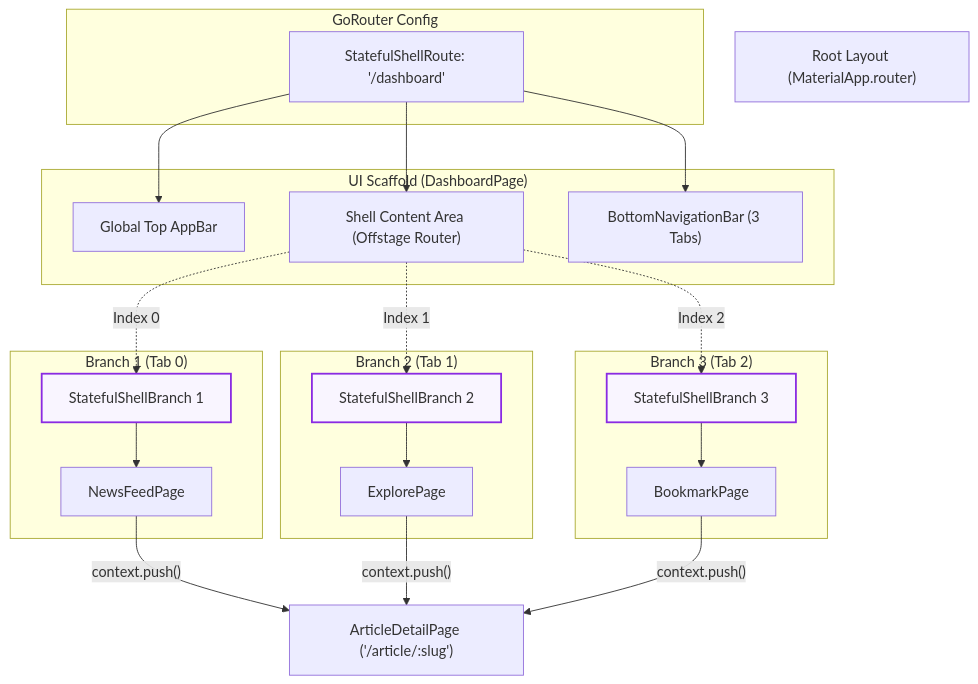
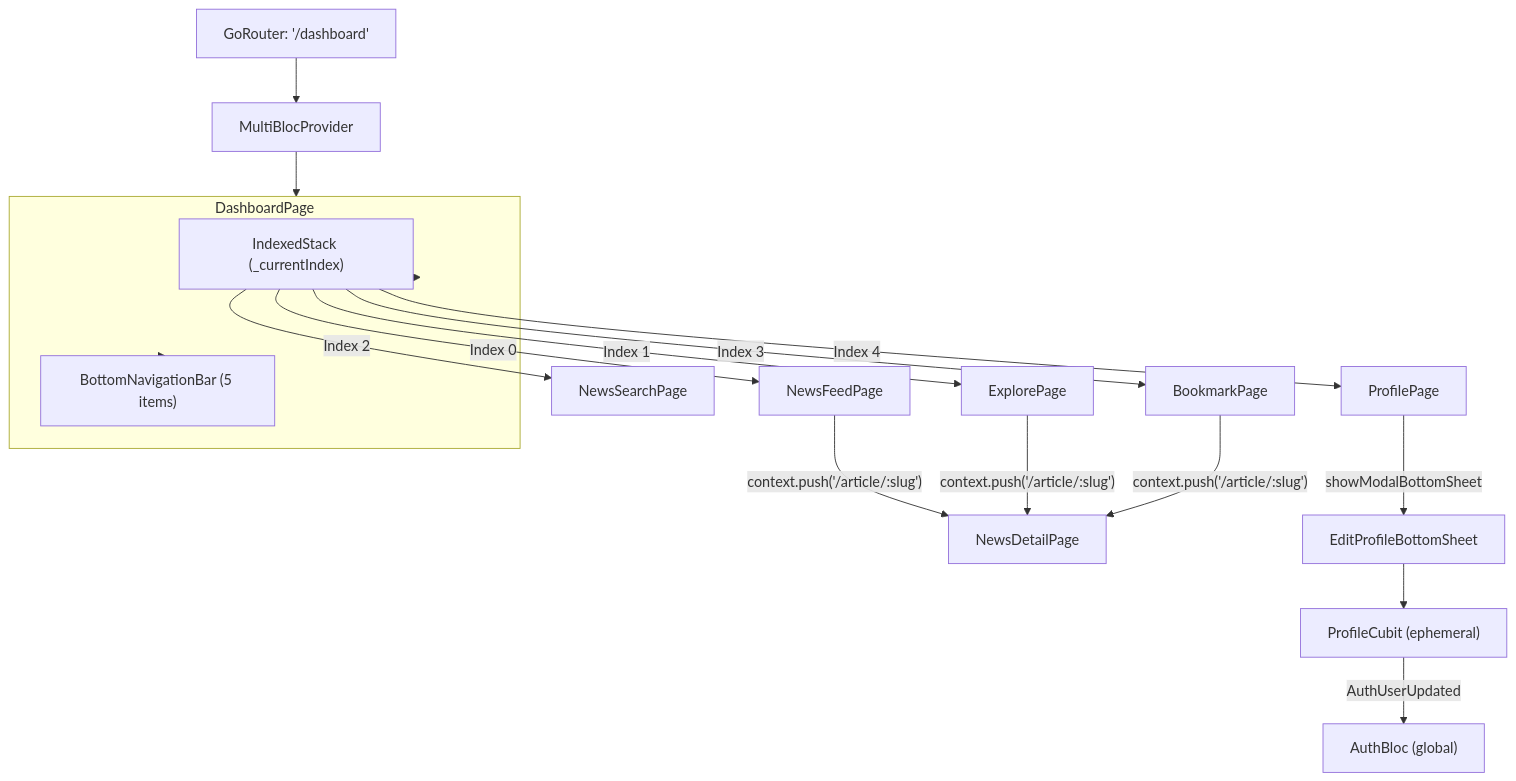
Before and after one commit to nunutech40/news-app-flutter: the second of 4 diagrams in docs/TRD.md, drawn with Mermaid. The commit also changed other lines of this file and 1 other file, not shown here.

First line of the commit message:
docs: update TRD to reflect actual codebase and write search.md from scratch

````diff
--- a/docs/TRD.md
+++ b/docs/TRD.md
@@ -1009,50 +1216,27 @@
 ```mermaid
 graph TD
-    Root["Root Layout (MaterialApp.router)"]
+    Router["GoRouter: '/dashboard'"] --> MultiBlocProvider
+    MultiBlocProvider --> DashboardPage["DashboardPage (Shell)"]
     
-    subgraph GoRouter["GoRouter Config"]
-        Dashboard["StatefulShellRoute: '/dashboard'"]
+    subgraph DashboardPage
+        IndexedStack["IndexedStack (_currentIndex)"]
+        BottomNav["BottomNavigationBar (5 items)"]
     end
     
-    subgraph Scaffold["UI Scaffold (DashboardPage)"]
-        AppBar["Global Top AppBar"]
-        ContentArea["Shell Content Area (Offstage Router)"]
-        BottomNav["BottomNavigationBar (3 Tabs)"]
-        
-        Dashboard --> AppBar
-        Dashboard --> ContentArea
-        Dashboard --> BottomNav
-    end
+    DashboardPage --> IndexedStack
+    DashboardPage --> BottomNav
     
-    subgraph Branch1["Branch 1 (Tab 0)"]
-        RouterTab0["StatefulShellBranch 1"]
-        NewsPage["NewsFeedPage"]
-        RouterTab0 --> NewsPage
-    end
-
-    subgraph Branch2["Branch 2 (Tab 1)"]
-        RouterTab1["StatefulShellBranch 2"]
-        ExplorePage["ExplorePage"]
-        RouterTab1 --> ExplorePage
-    end
-
-    subgraph Branch3["Branch 3 (Tab 2)"]
-        RouterTab2["StatefulShellBranch 3"]
-        BookmarkPage["BookmarkPage"]
-        RouterTab2 --> BookmarkPage
-    end
-
-    %% Internal Router Logic
-    ContentArea -.->|Index 0| RouterTab0
-    ContentArea -.->|Index 1| RouterTab1
-    ContentArea -.->|Index 2| RouterTab2
-
-    %% Sub-Routing (Child Routes)
-    DeepLinkNews["ArticleDetailPage ('/article/:slug')"]
-    NewsPage -- "context.push()" --> DeepLinkNews
-    ExplorePage -- "context.push()" --> DeepLinkNews
-    BookmarkPage -- "context.push()" --> DeepLinkNews
+    IndexedStack -->|Index 0| NewsFeedPage
+    IndexedStack -->|Index 1| ExplorePage
+    IndexedStack -->|Index 2| NewsSearchPage
+    IndexedStack -->|Index 3| BookmarkPage
+    IndexedStack -->|Index 4| ProfilePage
     
-    classDef branch fill:#f9f5ff,stroke:#8a2be2,stroke-width:2px;
-    class RouterTab0,RouterTab1,RouterTab2 branch;
+    NewsFeedPage -- "context.push('/article/:slug')" --> NewsDetailPage
+    ExplorePage -- "context.push('/article/:slug')" --> NewsDetailPage
+    BookmarkPage -- "context.push('/article/:slug')" --> NewsDetailPage
+    
+    ProfilePage -- "showModalBottomSheet" --> EditProfileBottomSheet
+    EditProfileBottomSheet --> ProfileCubit["ProfileCubit (ephemeral)"]
+    ProfileCubit -- "AuthUserUpdated" --> AuthBloc["AuthBloc (global)"]
 ```
````
